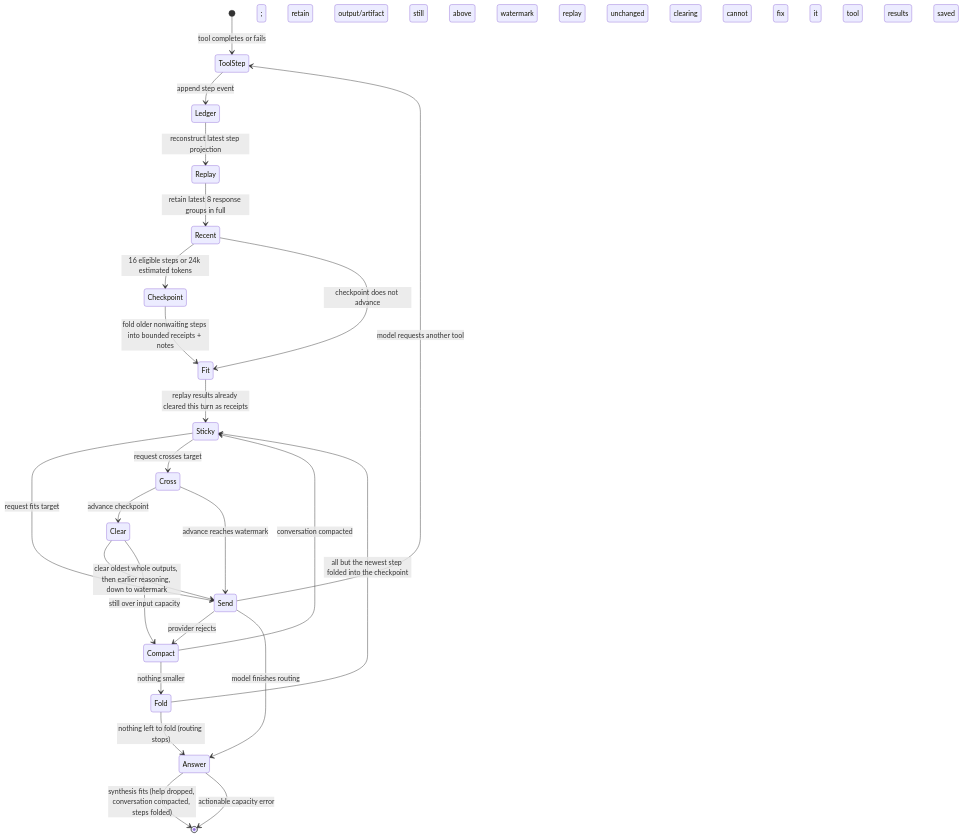
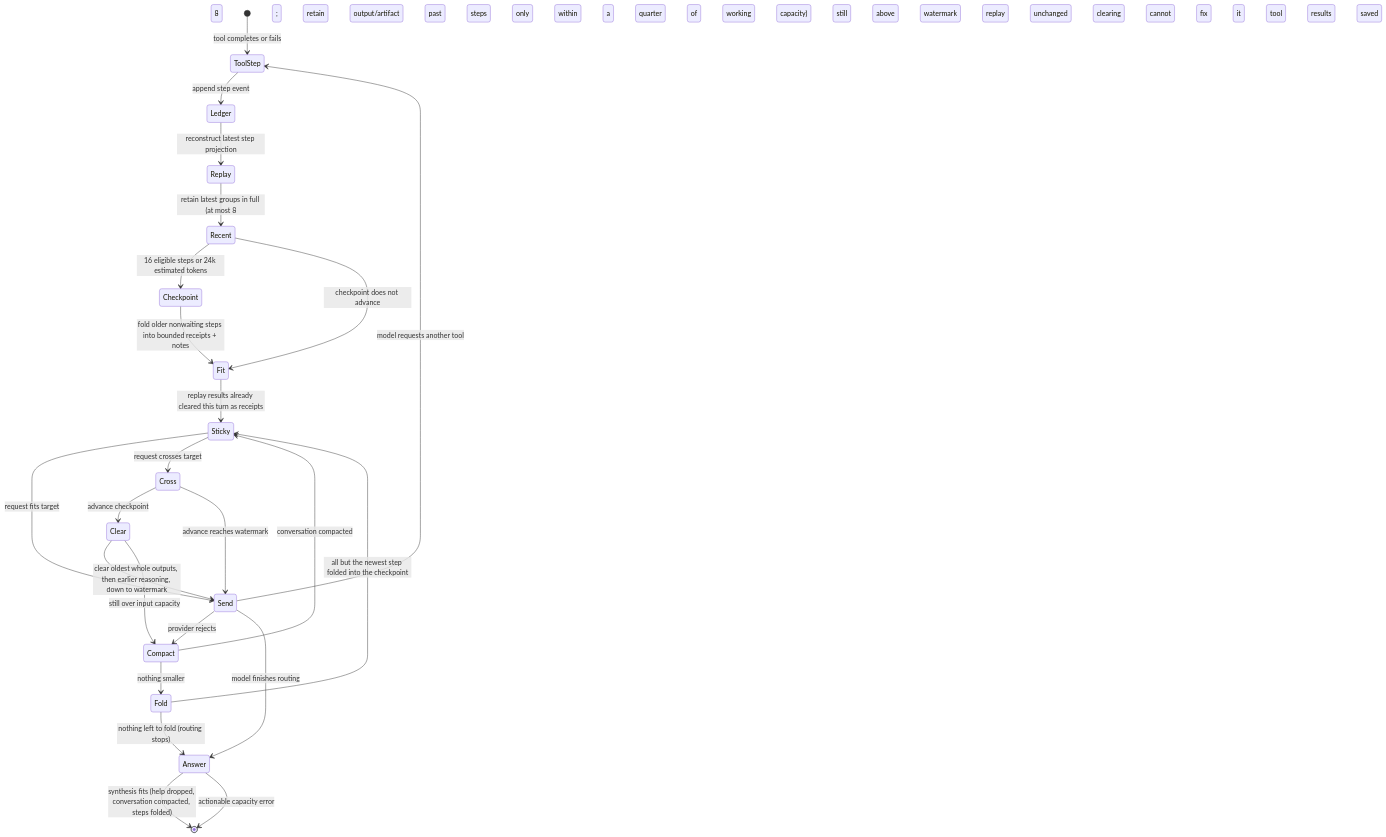
Before and after one commit to berylliumsec/nebula: the second of 2 diagrams in docs/design/assistant-context-state-machine.md, drawn with Mermaid. The commit also changed 5 other files, not shown here.

First line of the commit message:
Bound a turn's recent tool window by tokens as well as response groups (#624)

````diff
--- a/docs/design/assistant-context-state-machine.md
+++ b/docs/design/assistant-context-state-machine.md
@@ -58,26 +58,26 @@
 ```mermaid
 stateDiagram-v2
     [*] --> ToolStep: tool completes or fails
     ToolStep --> Ledger: append step event; retain output/artifact
     Ledger --> Replay: reconstruct latest step projection
-    Replay --> Recent: retain latest 8 response groups in full
+    Replay --> Recent: retain latest groups in full (at most 8; past 8 steps only within a quarter of working capacity)
     Recent --> Checkpoint: 16 eligible steps or 24k estimated tokens
     Recent --> Fit: checkpoint does not advance
     Checkpoint --> Fit: fold older nonwaiting steps into bounded receipts + notes
     Fit --> Sticky: replay results already cleared this turn as receipts
     Sticky --> Send: request fits target
     Sticky --> Cross: request crosses target
     Cross --> Clear: advance checkpoint; still above watermark
     Cross --> Send: advance reaches watermark
     Clear --> Send: clear oldest whole outputs, then earlier reasoning, down to watermark
     Clear --> Compact: still over input capacity
     Compact --> Sticky: conversation compacted; replay unchanged
     Compact --> Fold: nothing smaller
     Fold --> Sticky: all but the newest step folded into the checkpoint
     Fold --> Answer: nothing left to fold (routing stops)
     Send --> Compact: provider rejects; clearing cannot fix it
     Send --> ToolStep: model requests another tool
     Send --> Answer: model finishes routing
     Answer --> [*]: synthesis fits (help dropped, conversation compacted, steps folded)
     Answer --> [*]: actionable capacity error; tool results saved
 ```
````
